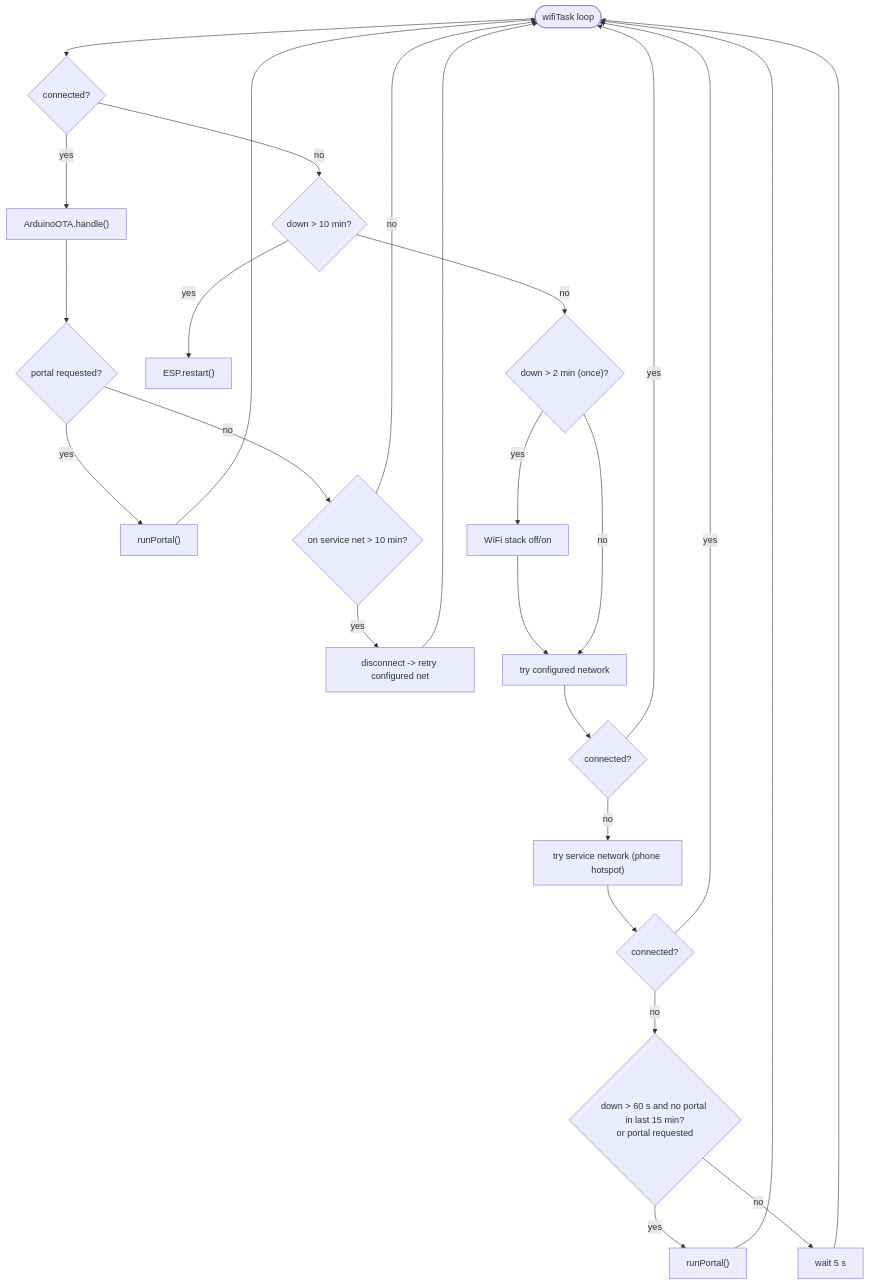
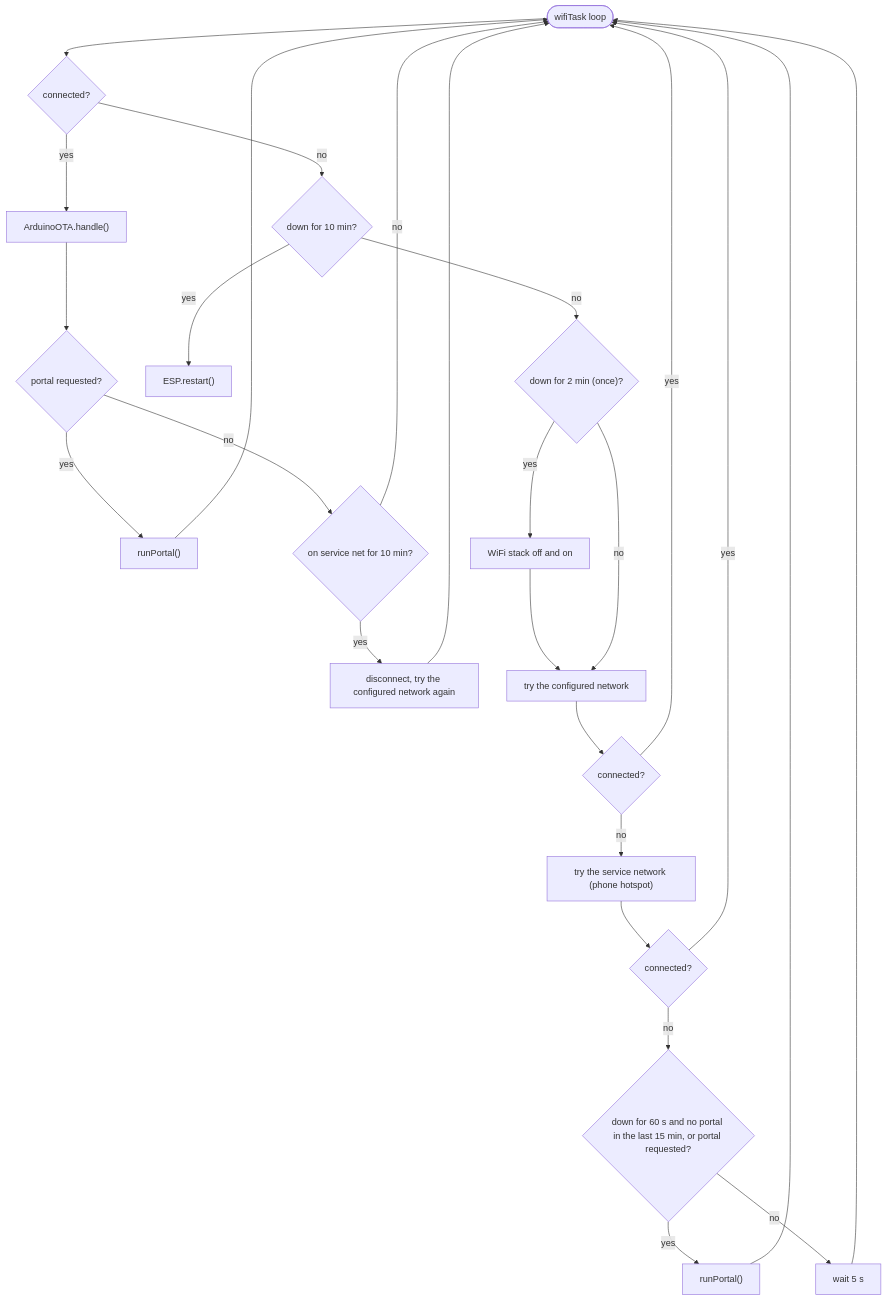
One commit to FPetkovski127/PMS_FreeRTOS changed the fourth of 12 diagrams in CODE_EXPLAINED.md. Above: the diagram before and after it, drawn with Mermaid. The commit also changed other lines of this file and 60 other files, not shown here.

````diff
--- a/CODE_EXPLAINED.md
+++ b/CODE_EXPLAINED.md
@@ -229,23 +156,23 @@
 ```mermaid
 flowchart TD
   S(["wifiTask loop"]) --> C{"connected?"}
   C -- yes --> OTA["ArduinoOTA.handle()"]
   OTA --> PR{"portal requested?"}
   PR -- yes --> RP["runPortal()"] --> S
-  PR -- no --> SV{"on service net > 10 min?"}
-  SV -- yes --> DIS["disconnect -> retry configured net"] --> S
+  PR -- no --> SV{"on service net for 10 min?"}
+  SV -- yes --> DIS["disconnect, try the configured network again"] --> S
   SV -- no --> S
-  C -- no --> R{"down > 10 min?"}
+  C -- no --> R{"down for 10 min?"}
   R -- yes --> RST["ESP.restart()"]
-  R -- no --> ST{"down > 2 min (once)?"}
-  ST -- yes --> SR["WiFi stack off/on"] --> T
-  ST -- no --> T["try configured network"]
+  R -- no --> ST{"down for 2 min (once)?"}
+  ST -- yes --> SR["WiFi stack off and on"] --> T
+  ST -- no --> T["try the configured network"]
   T --> OK1{"connected?"}
-  OK1 -- no --> SVC["try service network (phone hotspot)"]
+  OK1 -- no --> SVC["try the service network (phone hotspot)"]
   SVC --> OK2{"connected?"}
-  OK2 -- no --> PD{"down > 60 s and no portal in last 15 min?<br/>or portal requested"}
+  OK2 -- no --> PD{"down for 60 s and no portal in the last 15 min, or portal requested?"}
   PD -- yes --> RP2["runPortal()"] --> S
   PD -- no --> BO["wait 5 s"] --> S
   OK1 -- yes --> S
   OK2 -- yes --> S
 ```
````
